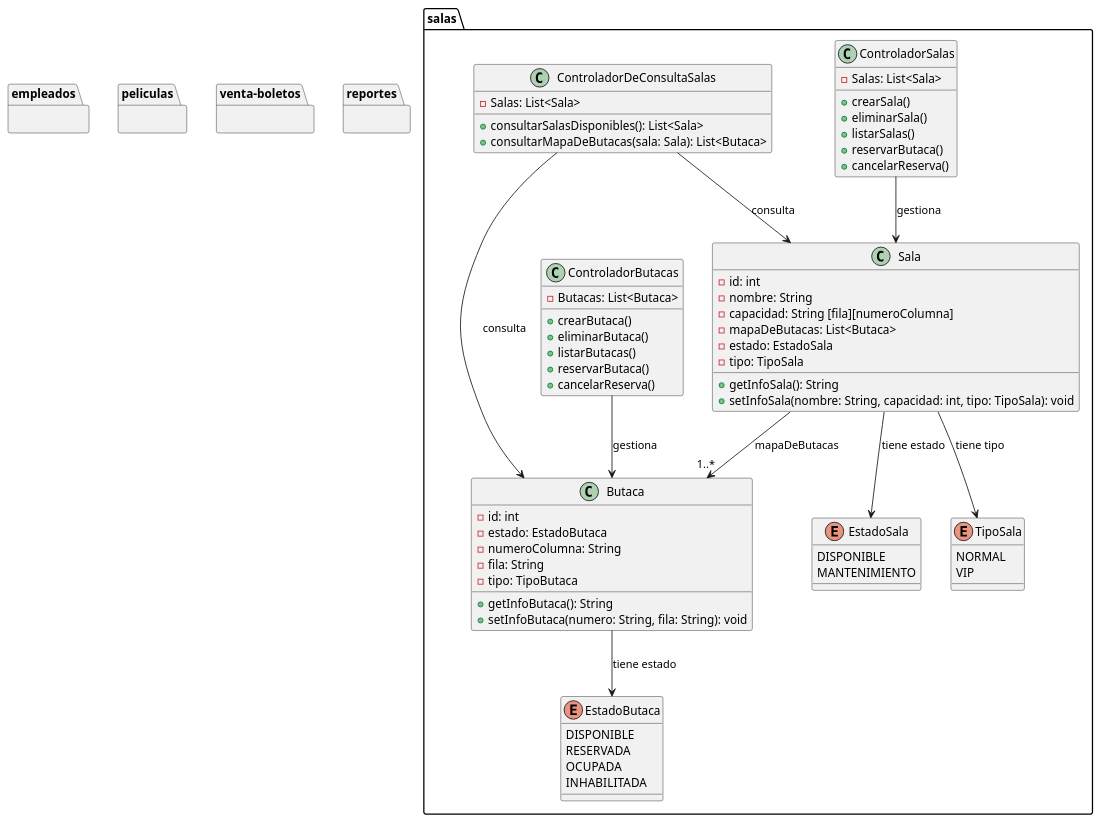
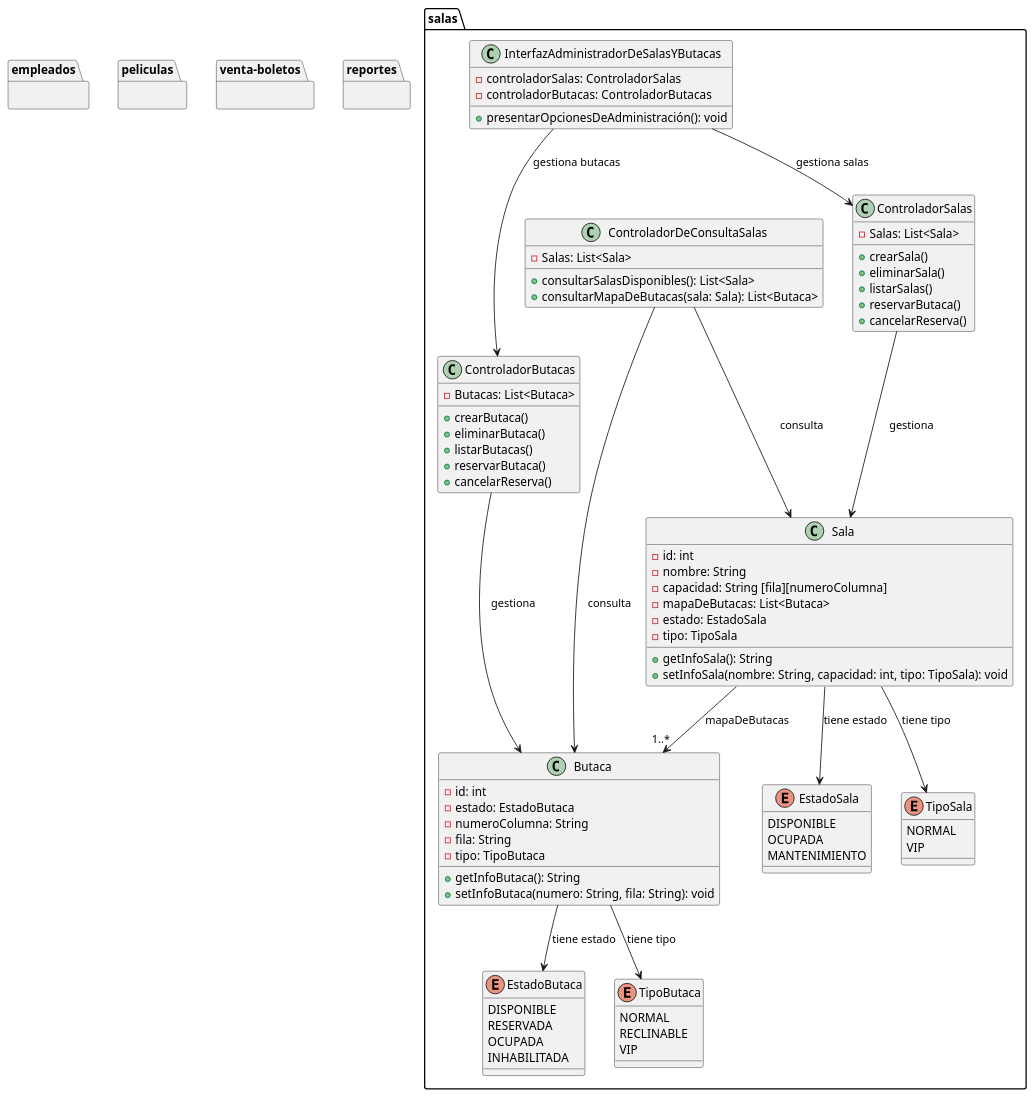
One commit to CineMax-Diseno-De-Software-GR3SW/CineMax changed the diagram in documentacion/diagramas/General_DiagramaDeClases.plantuml. Above: the diagram before and after it, drawn with PlantUML. The commit also changed 2 other files, not shown here.

Commit message:
Revert "Modificacion diagrama de clases"
This reverts commit ea4b5f0e2ca13cdcfcf27a21c7ad4db68e065ddf, reversing
changes made to 1315979f5880322294397246750073c8af605f42.

```diff
--- a/documentacion/diagramas/General_DiagramaDeClases.plantuml
+++ b/documentacion/diagramas/General_DiagramaDeClases.plantuml
@@ -1,103 +1,116 @@
 @startuml General_DiagramaDeClases
 
 package empleados {
 
 }
 
 package peliculas {
 
 }
 
 package salas {
 
     ' Enumeraciones
     enum EstadoSala {
         DISPONIBLE
+        OCUPADA
         MANTENIMIENTO
     }
 
     enum TipoSala {
         NORMAL
         VIP
     }
 
     enum EstadoButaca {
         DISPONIBLE
         RESERVADA
         OCUPADA
         INHABILITADA
     }
 
-
+    enum TipoButaca {
+        NORMAL
+        RECLINABLE
+        VIP
+    }
 
     ' Clases principales
     class Sala {
         - id: int
         - nombre: String
         - capacidad: String [fila][numeroColumna]
         - mapaDeButacas: List<Butaca>
         - estado: EstadoSala
         - tipo: TipoSala
         + getInfoSala(): String
         + setInfoSala(nombre: String, capacidad: int, tipo: TipoSala): void
     }
 
     class Butaca {
         - id: int
         - estado: EstadoButaca
         - numeroColumna: String
         - fila: String
         - tipo: TipoButaca
         + getInfoButaca(): String
         + setInfoButaca(numero: String, fila: String): void
     }
 
     ' Controladores
     class ControladorSalas {
         - Salas: List<Sala>
         + crearSala()
         + eliminarSala()
         + listarSalas()
         + reservarButaca()
         + cancelarReserva()
     }
 
     class ControladorButacas {
         - Butacas: List<Butaca>
         + crearButaca()
         + eliminarButaca()
         + listarButacas()
         + reservarButaca()
         + cancelarReserva()
     }
 
     class ControladorDeConsultaSalas {
         - Salas: List<Sala>
         + consultarSalasDisponibles(): List<Sala>
         + consultarMapaDeButacas(sala: Sala): List<Butaca>
     }
 
+    class InterfazAdministradorDeSalasYButacas {
+        - controladorSalas: ControladorSalas
+        - controladorButacas: ControladorButacas
+        + presentarOpcionesDeAdministración(): void
+    }
 
     ' Relaciones
+    InterfazAdministradorDeSalasYButacas --> ControladorSalas : gestiona salas
+    InterfazAdministradorDeSalasYButacas --> ControladorButacas : gestiona butacas
 
     ControladorSalas --> Sala : gestiona
     ControladorButacas --> Butaca : gestiona
     ControladorDeConsultaSalas --> Sala : consulta
     ControladorDeConsultaSalas --> Butaca : consulta
 
     Sala --> EstadoSala : tiene estado
     Sala --> TipoSala : tiene tipo
     Sala --> "1..*" Butaca : mapaDeButacas
 
     Butaca --> EstadoButaca : tiene estado
+    Butaca --> TipoButaca : tiene tipo
 }
 
 package venta-boletos {
 
 }
 
 package reportes {
 
 }
 
 @enduml
```
